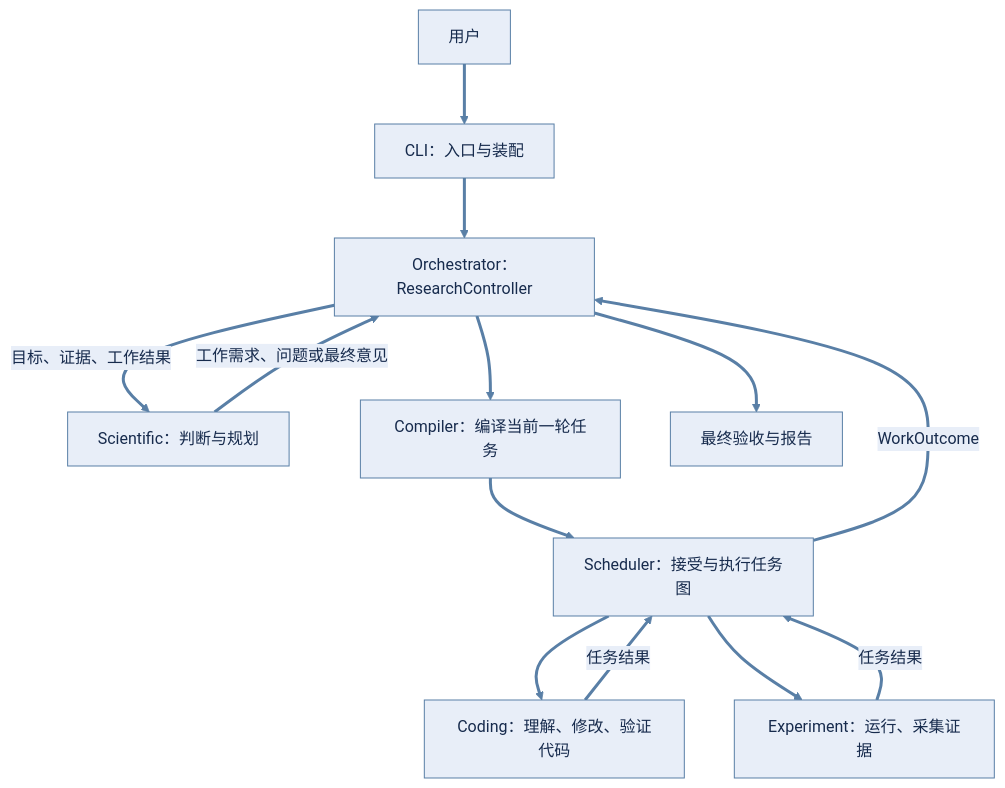
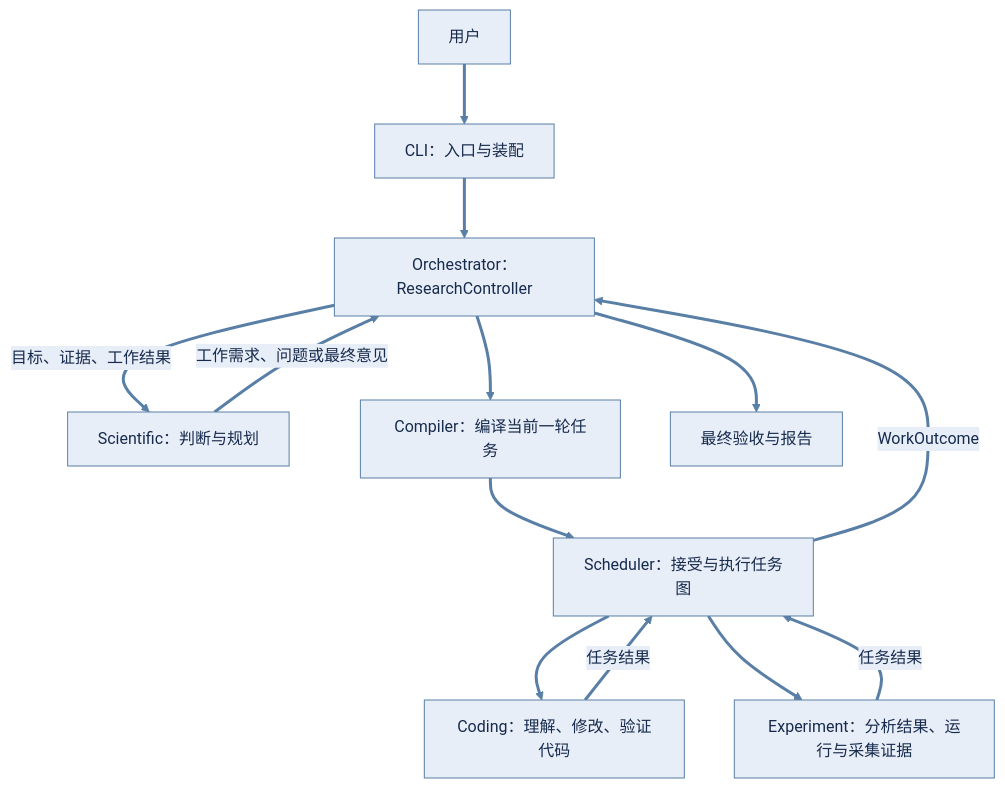
The first of 2 diagrams in docs/current/ARCHITECTURE.md (ylc123456789/ResAgent2), drawn with Mermaid before and after one commit. The commit also changed other lines of this file and 18 other files, not shown here.

````diff
--- a/docs/current/ARCHITECTURE.md
+++ b/docs/current/ARCHITECTURE.md
@@ -14,17 +14,17 @@
 ```mermaid
 %%{init: {"theme": "base", "themeVariables": {"primaryColor": "#e8eef8", "primaryTextColor": "#172b4d", "primaryBorderColor": "#597fa6", "lineColor": "#597fa6", "textColor": "#172b4d", "edgeLabelBackground": "#e8eef8"}, "flowchart": {"nodeSpacing": 50, "rankSpacing": 60}}}%%
 flowchart TB
     User[用户] --> Entry[CLI：入口与装配]
     Entry --> Controller[Orchestrator：ResearchController]
     Controller -->|目标、证据、工作结果| Scientific[Scientific：判断与规划]
     Scientific -->|工作需求、问题或最终意见| Controller
     Controller --> Compiler[Compiler：编译当前一轮任务]
     Compiler --> Scheduler[Scheduler：接受与执行任务图]
     Scheduler --> Coding[Coding：理解、修改、验证代码]
-    Scheduler --> Experiment[Experiment：运行、采集证据]
+    Scheduler --> Experiment[Experiment：分析结果、运行与采集证据]
     Coding -->|任务结果| Scheduler
     Experiment -->|任务结果| Scheduler
     Scheduler -->|WorkOutcome| Controller
     Controller --> Report[最终验收与报告]
     linkStyle default stroke:#597fa6,stroke-width:3px
 ```
````
